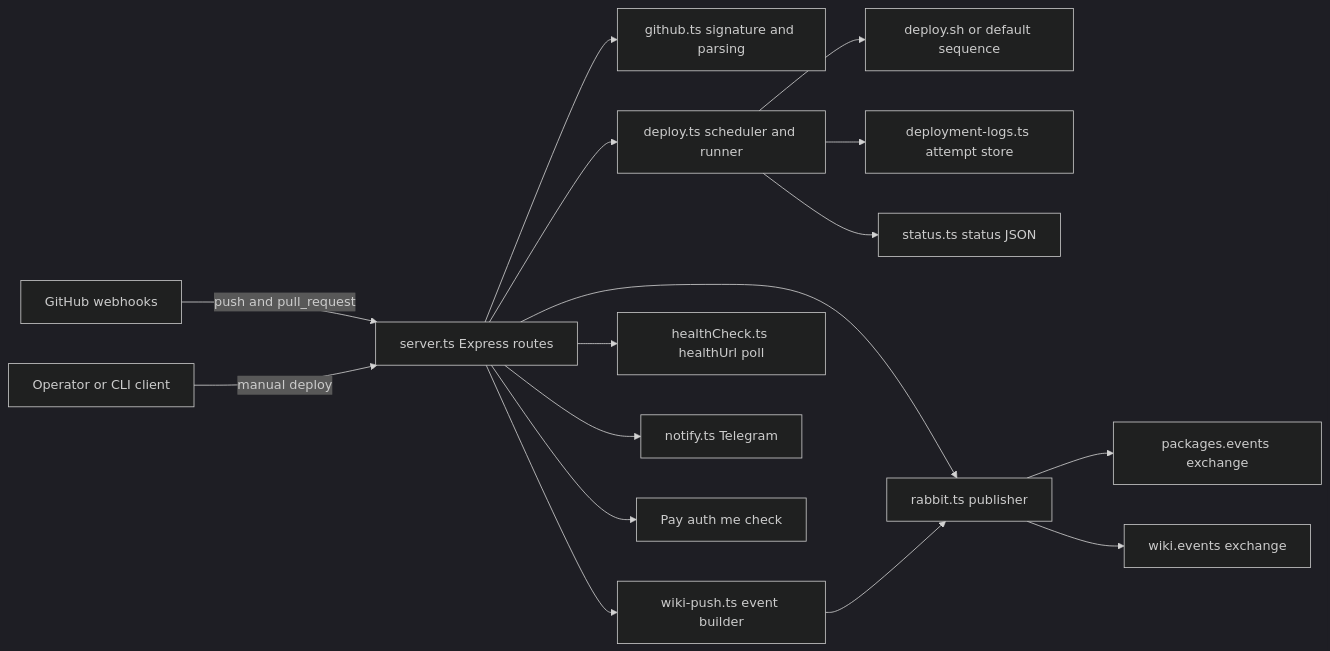
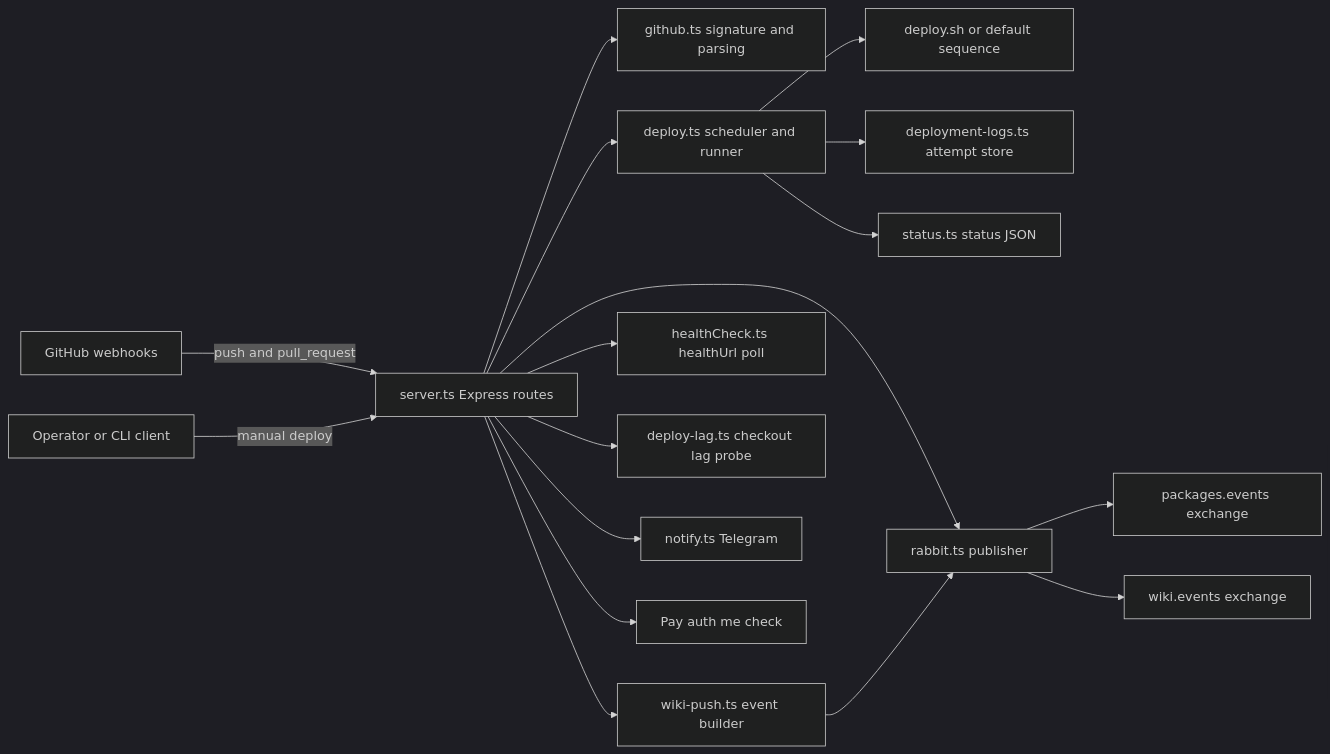
Before and after one commit to Jeffrey-Keyser/project-wiki: the diagram in content/repos/Jeffrey-Keyser-beelink-deploy/Architecture.md, drawn with Mermaid (dark theme). The commit also changed other lines of this file and 2 other files, not shown here.

````diff
--- a/content/repos/Jeffrey-Keyser-beelink-deploy/Architecture.md
+++ b/content/repos/Jeffrey-Keyser-beelink-deploy/Architecture.md
@@ -12,33 +12,35 @@
 ```mermaid
 flowchart LR
   GH["GitHub webhooks"]
   OP["Operator or CLI client"]
   SRV["server.ts Express routes"]
   GHP["github.ts signature and parsing"]
   WP["wiki-push.ts event builder"]
   SCH["deploy.ts scheduler and runner"]
   DS["deploy.sh or default sequence"]
   DLS["deployment-logs.ts attempt store"]
   STS["status.ts status JSON"]
   HC["healthCheck.ts healthUrl poll"]
+  LAG["deploy-lag.ts checkout lag probe"]
   NT["notify.ts Telegram"]
   RB["rabbit.ts publisher"]
   PE["packages.events exchange"]
   WE["wiki.events exchange"]
   PAY["Pay auth me check"]
   GH -->|"push and pull_request"| SRV
   OP -->|"manual deploy"| SRV
   SRV --> PAY
   SRV --> GHP
   SRV --> WP
   SRV --> SCH
   SCH --> DS
   SCH --> DLS
   SCH --> STS
   SRV --> HC
+  SRV --> LAG
   SRV --> NT
   SRV --> RB
   WP --> RB
   RB --> PE
   RB --> WE
 ```
````
